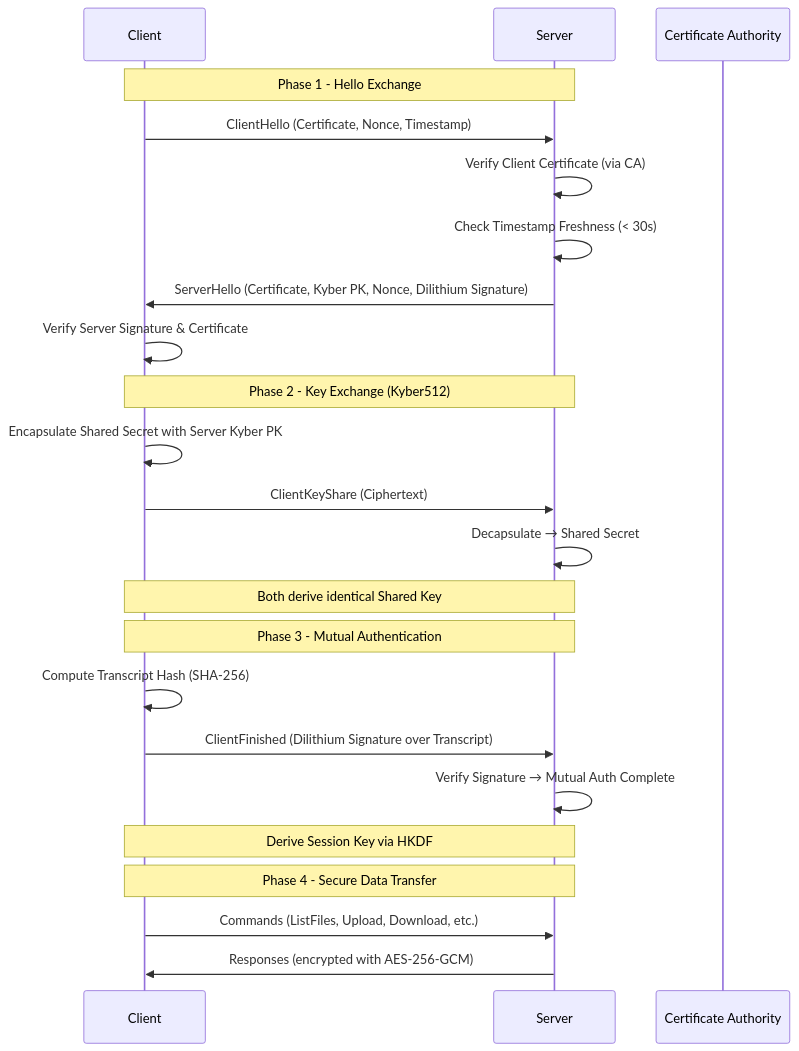
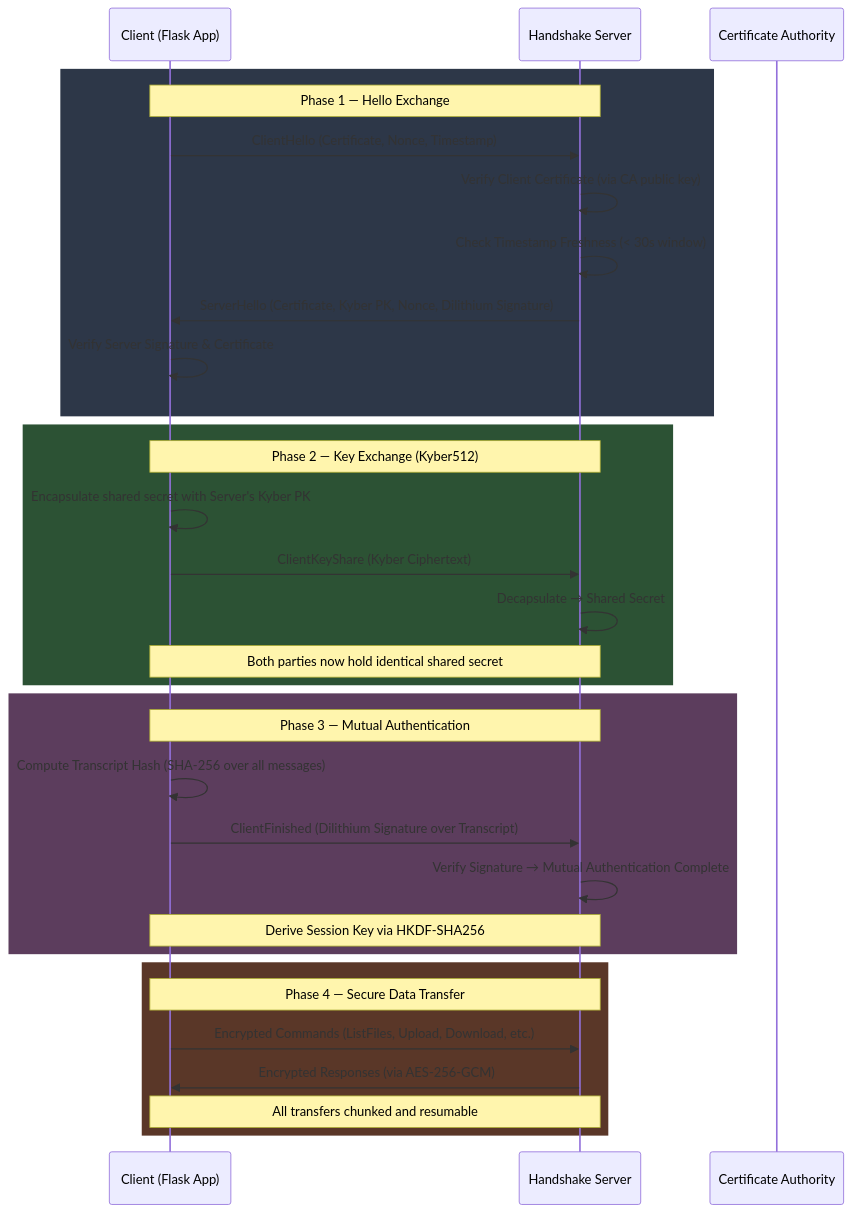
The second of 8 diagrams in README.md (joserohit264/Quantum_SFTP_GUI), drawn with Mermaid before and after one commit. The commit also changed other lines of this file and 5 other files, not shown here.

````diff
--- a/README.md
+++ b/README.md
@@ -65,29 +143,38 @@
 ```mermaid
 sequenceDiagram
-    participant C as Client
-    participant S as Server
+    participant C as Client (Flask App)
+    participant S as Handshake Server
     participant CA as Certificate Authority
 
-    Note over C,S: Phase 1 - Hello Exchange
+    rect rgb(45, 55, 72)
+    Note over C,S: Phase 1 — Hello Exchange
     C->>S: ClientHello (Certificate, Nonce, Timestamp)
-    S->>S: Verify Client Certificate (via CA)
-    S->>S: Check Timestamp Freshness (< 30s)
+    S->>S: Verify Client Certificate (via CA public key)
+    S->>S: Check Timestamp Freshness (< 30s window)
     S->>C: ServerHello (Certificate, Kyber PK, Nonce, Dilithium Signature)
     C->>C: Verify Server Signature & Certificate
+    end
 
-    Note over C,S: Phase 2 - Key Exchange (Kyber512)
-    C->>C: Encapsulate Shared Secret with Server Kyber PK
-    C->>S: ClientKeyShare (Ciphertext)
+    rect rgb(44, 82, 52)
+    Note over C,S: Phase 2 — Key Exchange (Kyber512)
+    C->>C: Encapsulate shared secret with Server's Kyber PK
+    C->>S: ClientKeyShare (Kyber Ciphertext)
     S->>S: Decapsulate → Shared Secret
-    Note over C,S: Both derive identical Shared Key
+    Note over C,S: Both parties now hold identical shared secret
+    end
 
-    Note over C,S: Phase 3 - Mutual Authentication
-    C->>C: Compute Transcript Hash (SHA-256)
+    rect rgb(92, 61, 93)
+    Note over C,S: Phase 3 — Mutual Authentication
+    C->>C: Compute Transcript Hash (SHA-256 over all messages)
     C->>S: ClientFinished (Dilithium Signature over Transcript)
-    S->>S: Verify Signature → Mutual Auth Complete
-    Note over C,S: Derive Session Key via HKDF
+    S->>S: Verify Signature → Mutual Authentication Complete
+    Note over C,S: Derive Session Key via HKDF-SHA256
+    end
 
-    Note over C,S: Phase 4 - Secure Data Transfer
-    C->>S: Commands (ListFiles, Upload, Download, etc.)
-    S->>C: Responses (encrypted with AES-256-GCM)
+    rect rgb(90, 55, 40)
+    Note over C,S: Phase 4 — Secure Data Transfer
+    C->>S: Encrypted Commands (ListFiles, Upload, Download, etc.)
+    S->>C: Encrypted Responses (via AES-256-GCM)
+    Note over C,S: All transfers chunked and resumable
+    end
 ```
````
